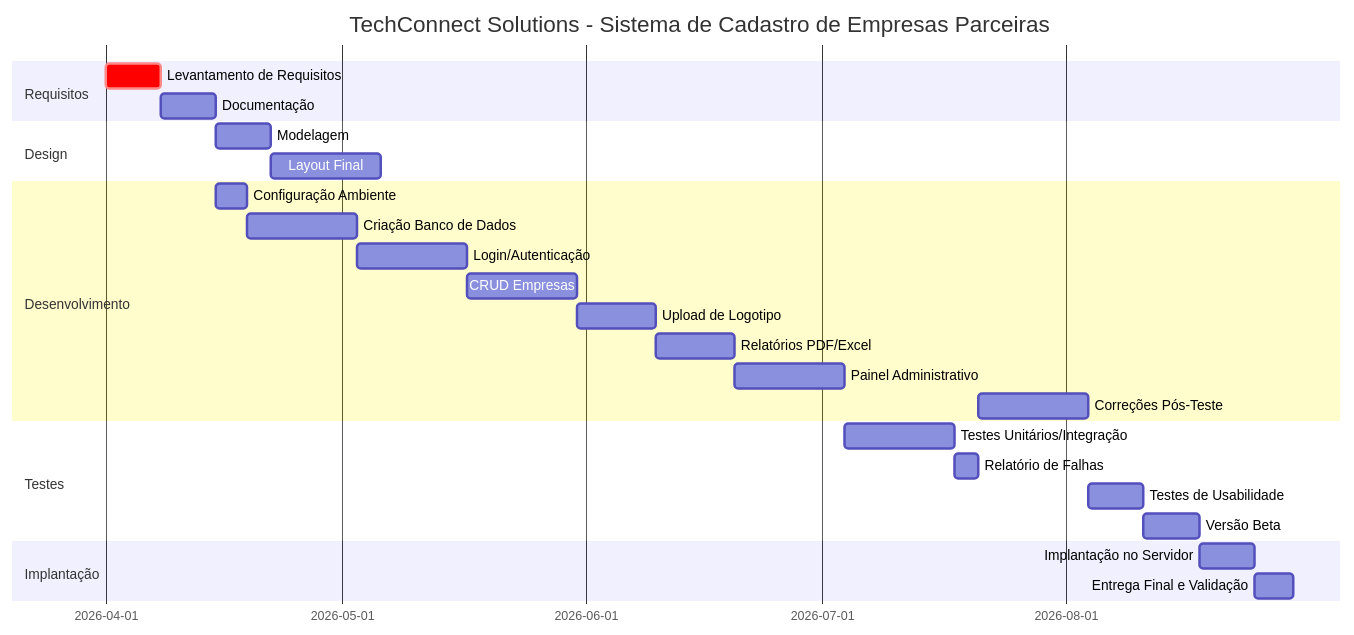
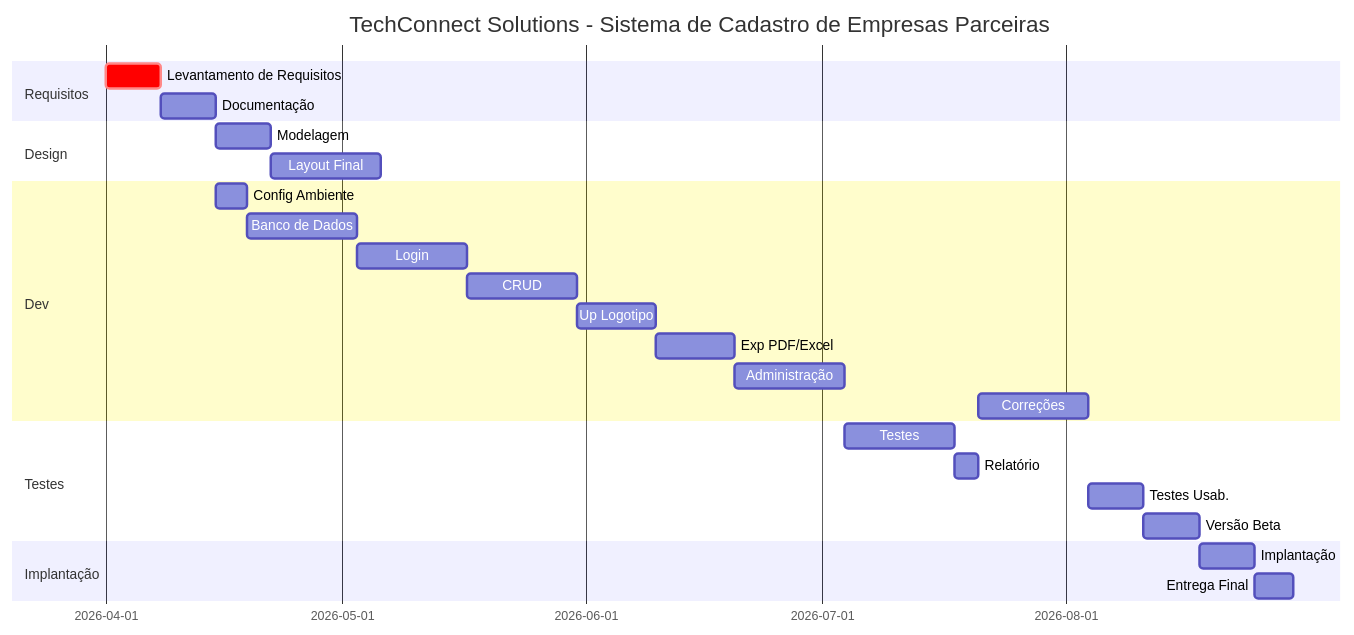
The diagram in ATIVIDADE1.md (MaxPichy/teste_gannt3), drawn with Mermaid before and after one commit.

````diff
--- a/ATIVIDADE1.md
+++ b/ATIVIDADE1.md
@@ -1,33 +1,33 @@
 ```mermaid
 gantt
     title TechConnect Solutions - Sistema de Cadastro de Empresas Parceiras
     dateFormat YYYY-MM-DD
     
     section Requisitos
     Levantamento de Requisitos :crit, req, 2026-04-01, 7d
     Documentação               :doc, after req, 7d
     
     section Design
     Modelagem                   :mod, after doc, 7d
     Layout Final                :lay, after mod, 14d
     
-    section Desenvolvimento
-    Configuração Ambiente      :cfg, after doc, 4d
-    Criação Banco de Dados     :bd, after cfg, 14d
-    Login/Autenticação         :lgn, after bd, 14d
-    CRUD Empresas              :crd, after lgn, 14d
-    Upload de Logotipo         :lgt, after crd, 10d
-    Relatórios PDF/Excel       :exp, after lgt, 10d
-    Painel Administrativo      :adm, after exp, 14d
-    Correções Pós-Teste        :cor, after rel, 14d
+    section Dev
+    Config Ambiente            :cfg, after doc, 4d
+    Banco de Dados             :bd, after cfg, 14d
+    Login                      :lgn, after bd, 14d
+    CRUD                       :crd, after lgn, 14d
+    Up Logotipo                :lgt, after crd, 10d
+    Exp PDF/Excel              :exp, after lgt, 10d
+    Administração              :adm, after exp, 14d
+    Correções                  :cor, after rel, 14d
     
     section Testes
-    Testes Unitários/Integração :tst, after adm, 14d
-    Relatório de Falhas         :rel, after tst, 3d
-    Testes de Usabilidade       :usb, after cor, 7d
+    Testes                      :tst, after adm, 14d
+    Relatório                   :rel, after tst, 3d
+    Testes Usab.                :usb, after cor, 7d
     Versão Beta                 :beta, after usb, 7d
     
     section Implantação
-    Implantação no Servidor     :deploy, after beta, 7d
-    Entrega Final e Validação   :entrega, after deploy, 5d
+    Implantação                 :deploy, after beta, 7d
+    Entrega Final               :entrega, after deploy, 5d
 ```
````
